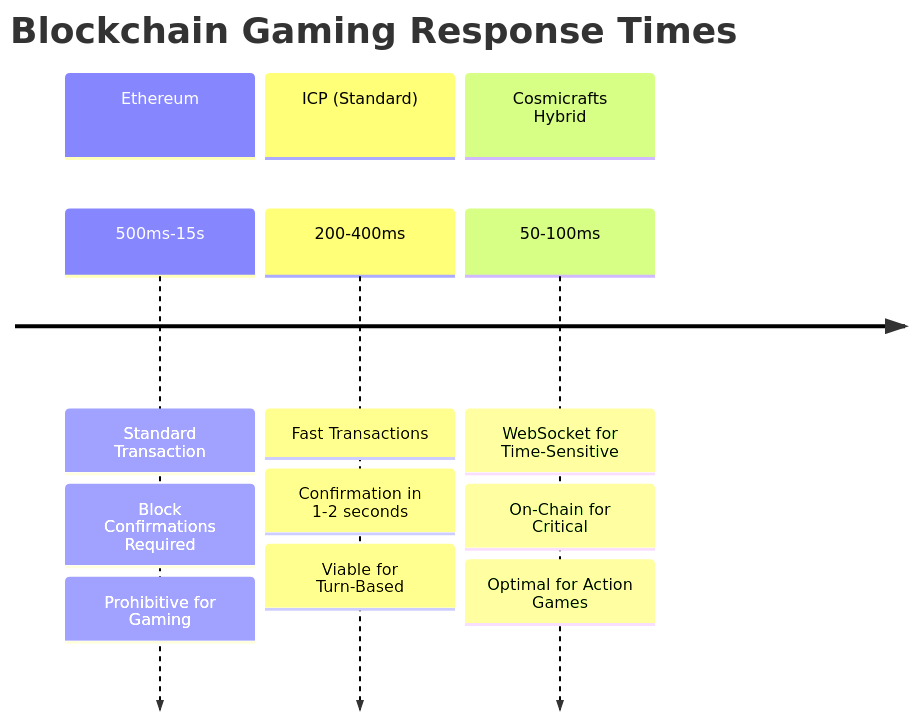
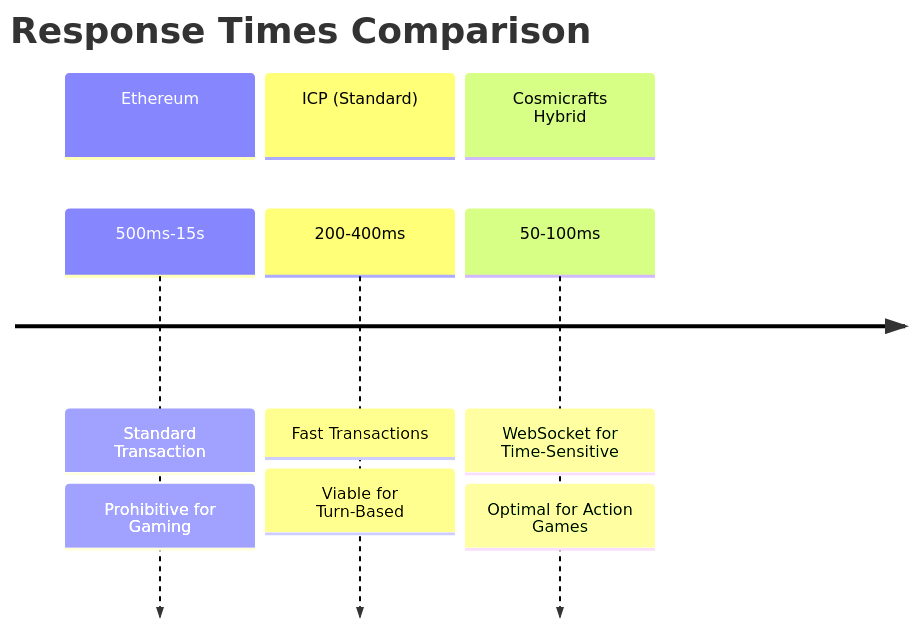
The sixth of 6 diagrams in src/frontend/src/assets/markdown/en/architecture.md (cosmicrafts/cosmicrafts-dao), drawn with Mermaid before and after one commit. The commit also changed other lines of this file and 5 other files, not shown here.

````diff
--- a/src/frontend/src/assets/markdown/en/architecture.md
+++ b/src/frontend/src/assets/markdown/en/architecture.md
@@ -354,10 +259,10 @@
 ```mermaid
 timeline
-    title Blockchain Gaming Response Times
+    title Response Times Comparison
         section Ethereum
-          500ms-15s : Standard Transaction : Block Confirmations Required : Prohibitive for Gaming
+          500ms-15s : Standard Transaction : Prohibitive for Gaming
         section ICP (Standard)
-          200-400ms : Fast Transactions : Confirmation in 1-2 seconds : Viable for Turn-Based
+          200-400ms : Fast Transactions : Viable for Turn-Based
         section Cosmicrafts Hybrid
-          50-100ms : WebSocket for Time-Sensitive : On-Chain for Critical : Optimal for Action Games
+          50-100ms : WebSocket for Time-Sensitive : Optimal for Action Games
 ```
````
